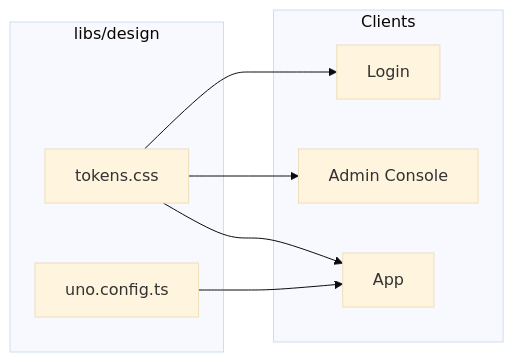
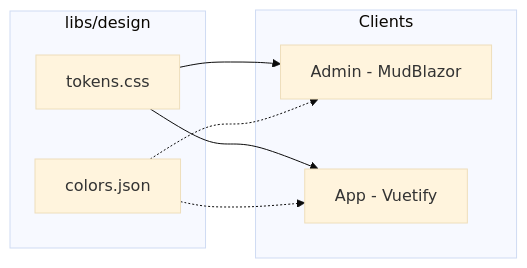
Before and after one commit to Nechja/hellArch: the diagram in docs/guide/design.md, drawn with Mermaid (base theme). The commit also changed other lines of this file and 110 other files, not shown here.

````diff
--- a/docs/guide/design.md
+++ b/docs/guide/design.md
@@ -9,18 +9,17 @@
 ```mermaid
 graph LR
     subgraph libs/design
         TOKENS[tokens.css]
-        UNO[uno.config.ts]
+        COLORS[colors.json]
     end
 
     subgraph Clients
-        LOGIN[Login]
-        ADMIN[Admin Console]
-        APP[App]
+        ADMIN[Admin - MudBlazor]
+        APP[App - Vuetify]
     end
 
-    TOKENS --> LOGIN
     TOKENS --> ADMIN
     TOKENS --> APP
-    UNO --> APP
+    COLORS -.-> ADMIN
+    COLORS -.-> APP
 ```
````
